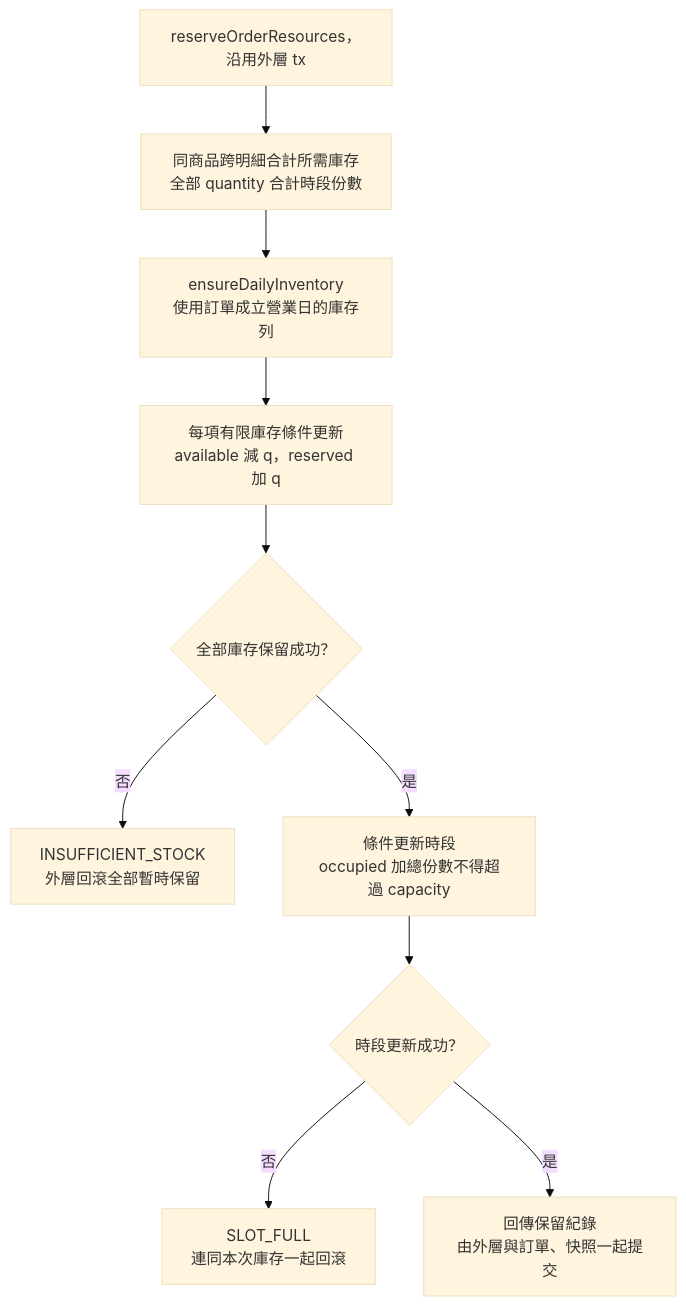
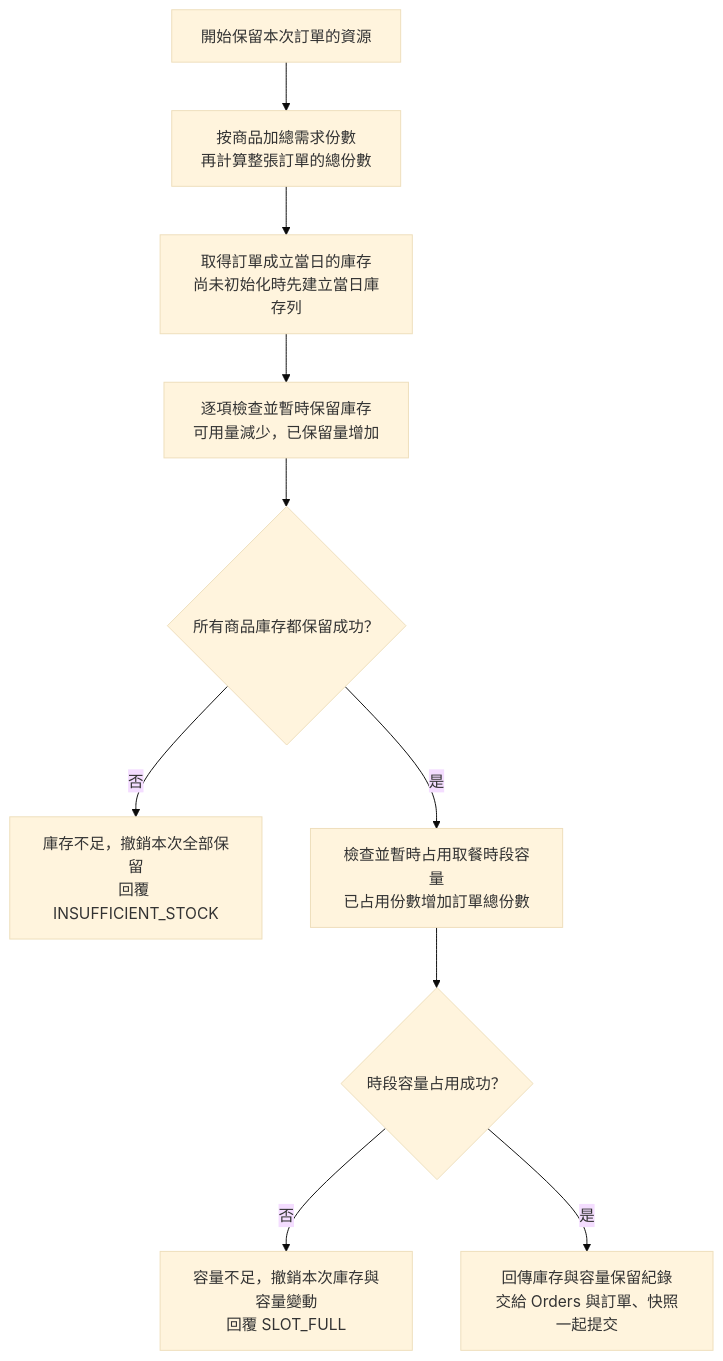
The first of 2 diagrams in SAD_v0.6/05_庫存與時段_Resources.md (Himegragi/CampusRestaurantSystem), drawn with Mermaid (base theme) before and after one commit. The commit also changed other lines of this file, not shown here.

Commit message:
docs: clarify resource flow diagrams and reading guidance

````diff
--- a/SAD_v0.6/05_庫存與時段_Resources.md
+++ b/SAD_v0.6/05_庫存與時段_Resources.md
@@ -157,12 +172,12 @@
 ```mermaid
 flowchart TD
-  A["reserveOrderResources，沿用外層 tx"] --> SUM["同商品跨明細合計所需庫存<br/>全部 quantity 合計時段份數"]
-  SUM --> DAY["ensureDailyInventory<br/>使用訂單成立營業日的庫存列"]
-  DAY --> STOCK["每項有限庫存條件更新<br/>available 減 q，reserved 加 q"]
-  STOCK --> SOK{"全部庫存保留成功？"}
-  SOK -->|否| FAIL["INSUFFICIENT_STOCK<br/>外層回滾全部暫時保留"]
-  SOK -->|是| SLOT["條件更新時段<br/>occupied 加總份數不得超過 capacity"]
-  SLOT --> COK{"時段更新成功？"}
-  COK -->|否| FULL["SLOT_FULL<br/>連同本次庫存一起回滾"]
-  COK -->|是| RESULT["回傳保留紀錄<br/>由外層與訂單、快照一起提交"]
+  A["開始保留本次訂單的資源"] --> SUM["按商品加總需求份數<br/>再計算整張訂單的總份數"]
+  SUM --> DAY["取得訂單成立當日的庫存<br/>尚未初始化時先建立當日庫存列"]
+  DAY --> STOCK["逐項檢查並暫時保留庫存<br/>可用量減少，已保留量增加"]
+  STOCK --> SOK{"所有商品庫存都保留成功？"}
+  SOK -->|否| FAIL["庫存不足，撤銷本次全部保留<br/>回覆 INSUFFICIENT_STOCK"]
+  SOK -->|是| SLOT["檢查並暫時占用取餐時段容量<br/>已占用份數增加訂單總份數"]
+  SLOT --> COK{"時段容量占用成功？"}
+  COK -->|否| FULL["容量不足，撤銷本次庫存與容量變動<br/>回覆 SLOT_FULL"]
+  COK -->|是| RESULT["回傳庫存與容量保留紀錄<br/>交給 Orders 與訂單、快照一起提交"]
 ```
````
